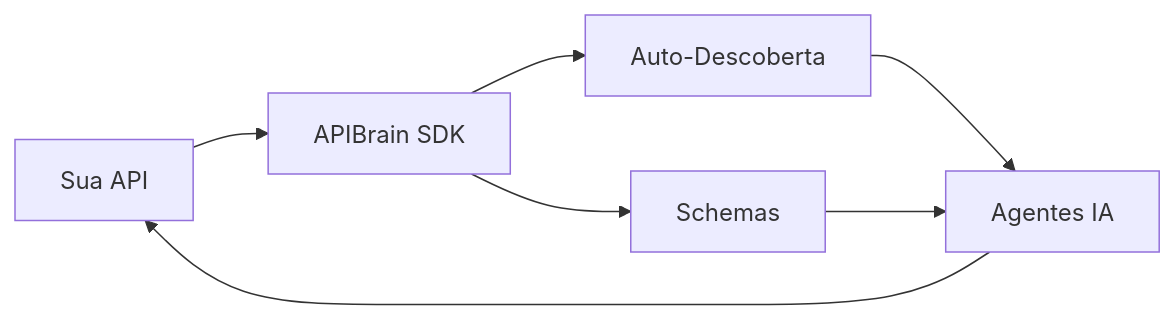
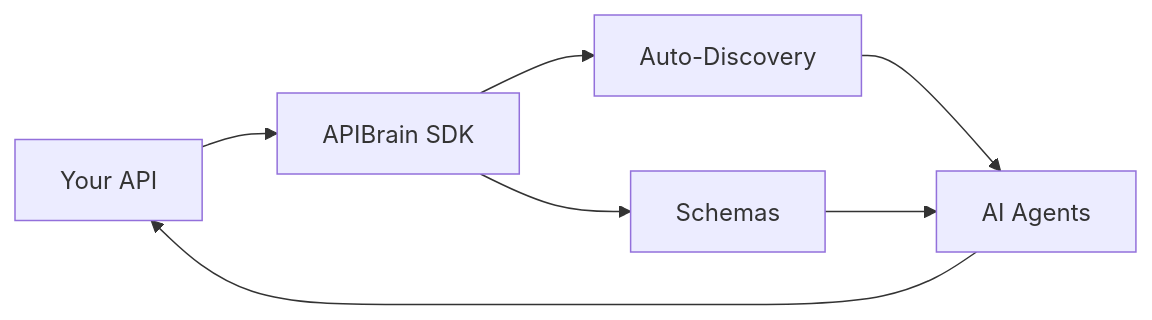
The diagram in README.md (system32miro/apibrain-sdk), drawn with Mermaid before and after one commit. The commit also changed other lines of this file, not shown here.

````diff
--- a/README.md
+++ b/README.md
@@ -20,9 +23,9 @@
 ```mermaid
 graph LR
-    A[Sua API] --> B[APIBrain SDK]
-    B --> C[Auto-Descoberta]
+    A[Your API] --> B[APIBrain SDK]
+    B --> C[Auto-Discovery]
     B --> D[Schemas]
-    C --> E[Agentes IA]
+    C --> E[AI Agents]
     D --> E
     E --> A
 ```
````
